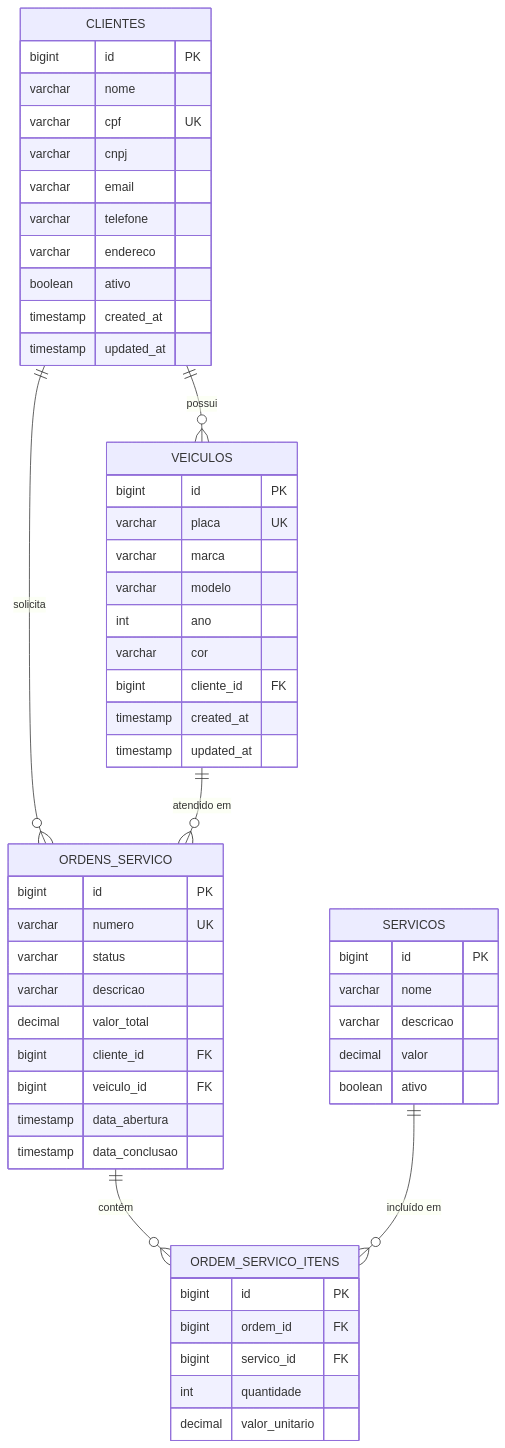
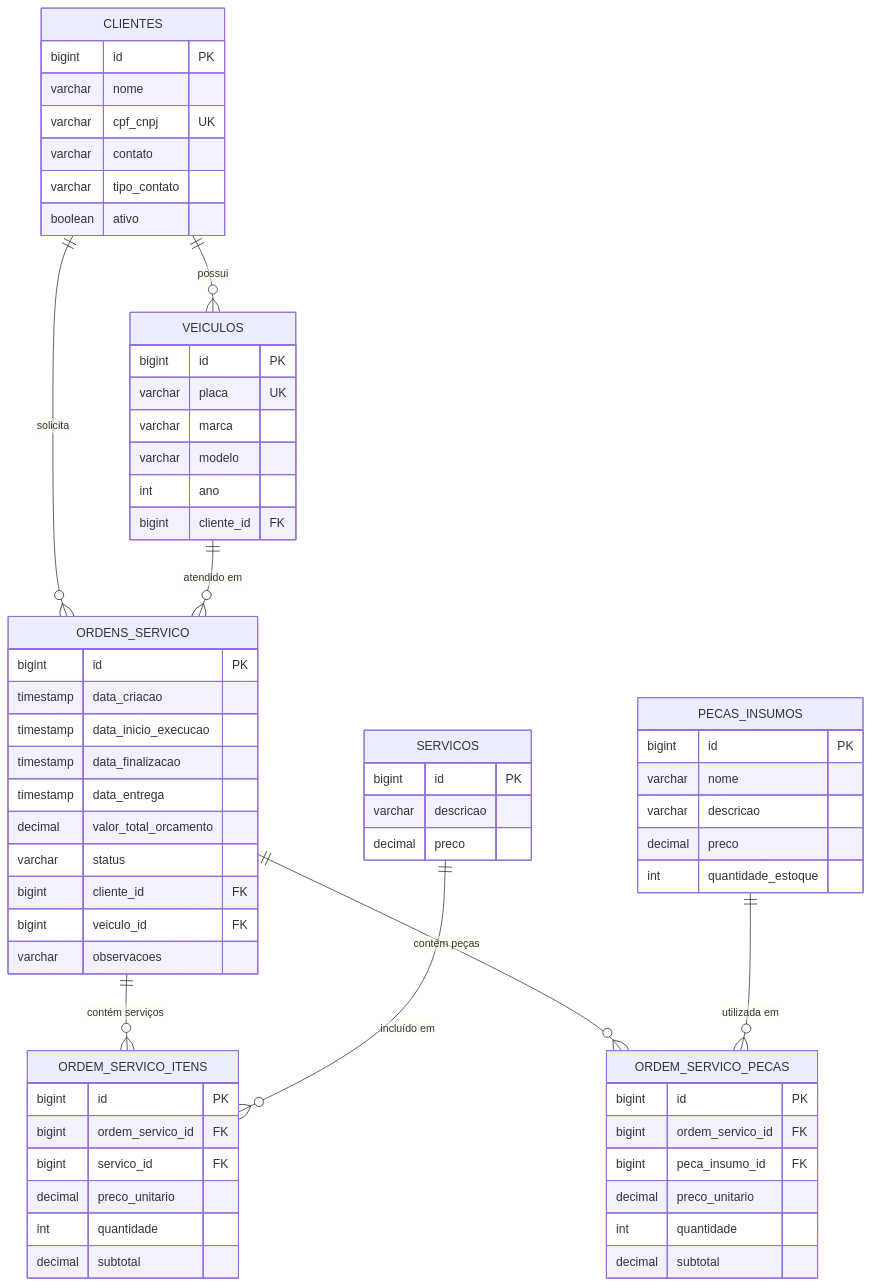
The fourth of 5 diagrams in docs/ARQUITETURA_FASE3.md (VitorVieira12/Tech-Challenge), drawn with Mermaid before and after one commit. The commit also changed other lines of this file and 5 other files, not shown here.

First line of the commit message:
docs: corrige ER e adiciona justificativa formal do banco de dados e relacionamentos

````diff
--- a/docs/ARQUITETURA_FASE3.md
+++ b/docs/ARQUITETURA_FASE3.md
@@ -119,61 +121,73 @@
 ```mermaid
 erDiagram
     CLIENTES {
         bigint id PK
         varchar nome
-        varchar cpf UK
-        varchar cnpj
-        varchar email
-        varchar telefone
-        varchar endereco
+        varchar cpf_cnpj UK
+        varchar contato
+        varchar tipo_contato
         boolean ativo
-        timestamp created_at
-        timestamp updated_at
     }
 
     VEICULOS {
         bigint id PK
         varchar placa UK
         varchar marca
         varchar modelo
         int ano
-        varchar cor
         bigint cliente_id FK
-        timestamp created_at
-        timestamp updated_at
     }
 
     ORDENS_SERVICO {
         bigint id PK
-        varchar numero UK
+        timestamp data_criacao
+        timestamp data_inicio_execucao
+        timestamp data_finalizacao
+        timestamp data_entrega
+        decimal valor_total_orcamento
         varchar status
-        varchar descricao
-        decimal valor_total
         bigint cliente_id FK
         bigint veiculo_id FK
-        timestamp data_abertura
-        timestamp data_conclusao
+        varchar observacoes
     }
 
     SERVICOS {
         bigint id PK
+        varchar descricao
+        decimal preco
+    }
+
+    PECAS_INSUMOS {
+        bigint id PK
         varchar nome
         varchar descricao
-        decimal valor
-        boolean ativo
+        decimal preco
+        int quantidade_estoque
     }
 
     ORDEM_SERVICO_ITENS {
         bigint id PK
-        bigint ordem_id FK
+        bigint ordem_servico_id FK
         bigint servico_id FK
+        decimal preco_unitario
         int quantidade
-        decimal valor_unitario
+        decimal subtotal
+    }
+
+    ORDEM_SERVICO_PECAS {
+        bigint id PK
+        bigint ordem_servico_id FK
+        bigint peca_insumo_id FK
+        decimal preco_unitario
+        int quantidade
+        decimal subtotal
     }
 
     CLIENTES ||--o{ VEICULOS : "possui"
     CLIENTES ||--o{ ORDENS_SERVICO : "solicita"
     VEICULOS ||--o{ ORDENS_SERVICO : "atendido em"
-    ORDENS_SERVICO ||--o{ ORDEM_SERVICO_ITENS : "contém"
+    ORDENS_SERVICO ||--o{ ORDEM_SERVICO_ITENS : "contém serviços"
+    ORDENS_SERVICO ||--o{ ORDEM_SERVICO_PECAS : "contém peças"
     SERVICOS ||--o{ ORDEM_SERVICO_ITENS : "incluído em"
+    PECAS_INSUMOS ||--o{ ORDEM_SERVICO_PECAS : "utilizada em"
 ```
````
